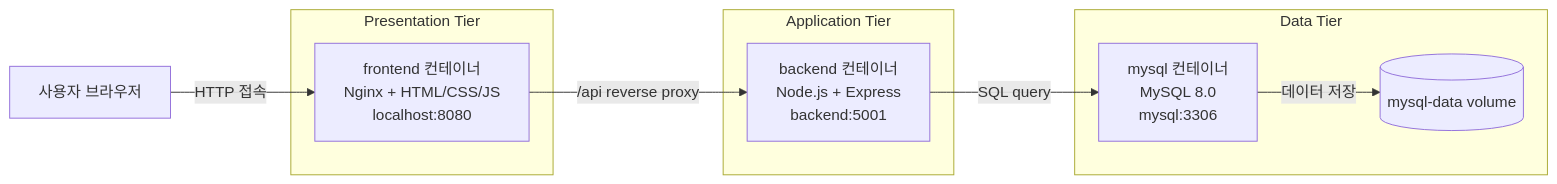
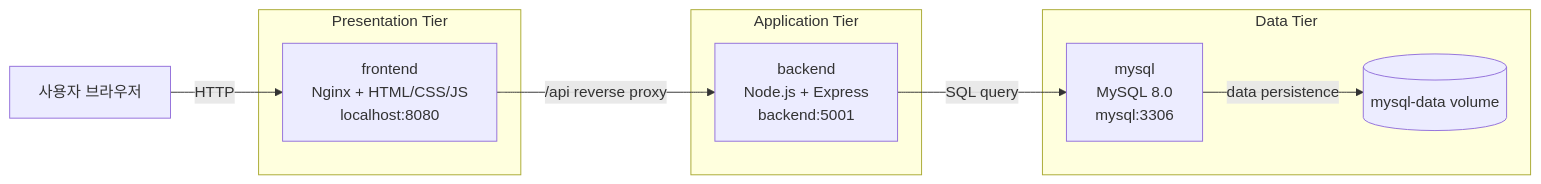
Before and after one commit to Clotilde030603/Study_Note_Manager: the first of 2 diagrams in README.md, drawn with Mermaid. The commit also changed other lines of this file and 5 other files, not shown here.

````diff
--- a/README.md
+++ b/README.md
@@ -109,22 +66,22 @@
 ```mermaid
 flowchart LR
     User[사용자 브라우저]
 
-    subgraph Presentation_Tier[Presentation Tier]
-        Frontend[frontend 컨테이너\nNginx + HTML/CSS/JS\nlocalhost:8080]
+    subgraph Presentation[Presentation Tier]
+        Frontend[frontend\nNginx + HTML/CSS/JS\nlocalhost:8080]
     end
 
-    subgraph Application_Tier[Application Tier]
-        Backend[backend 컨테이너\nNode.js + Express\nbackend:5001]
+    subgraph Application[Application Tier]
+        Backend[backend\nNode.js + Express\nbackend:5001]
     end
 
-    subgraph Data_Tier[Data Tier]
-        MySQL[mysql 컨테이너\nMySQL 8.0\nmysql:3306]
+    subgraph Data[Data Tier]
+        MySQL[mysql\nMySQL 8.0\nmysql:3306]
         Volume[(mysql-data volume)]
     end
 
-    User -->|HTTP 접속| Frontend
+    User -->|HTTP| Frontend
     Frontend -->|/api reverse proxy| Backend
     Backend -->|SQL query| MySQL
-    MySQL -->|데이터 저장| Volume
+    MySQL -->|data persistence| Volume
 ```
````
